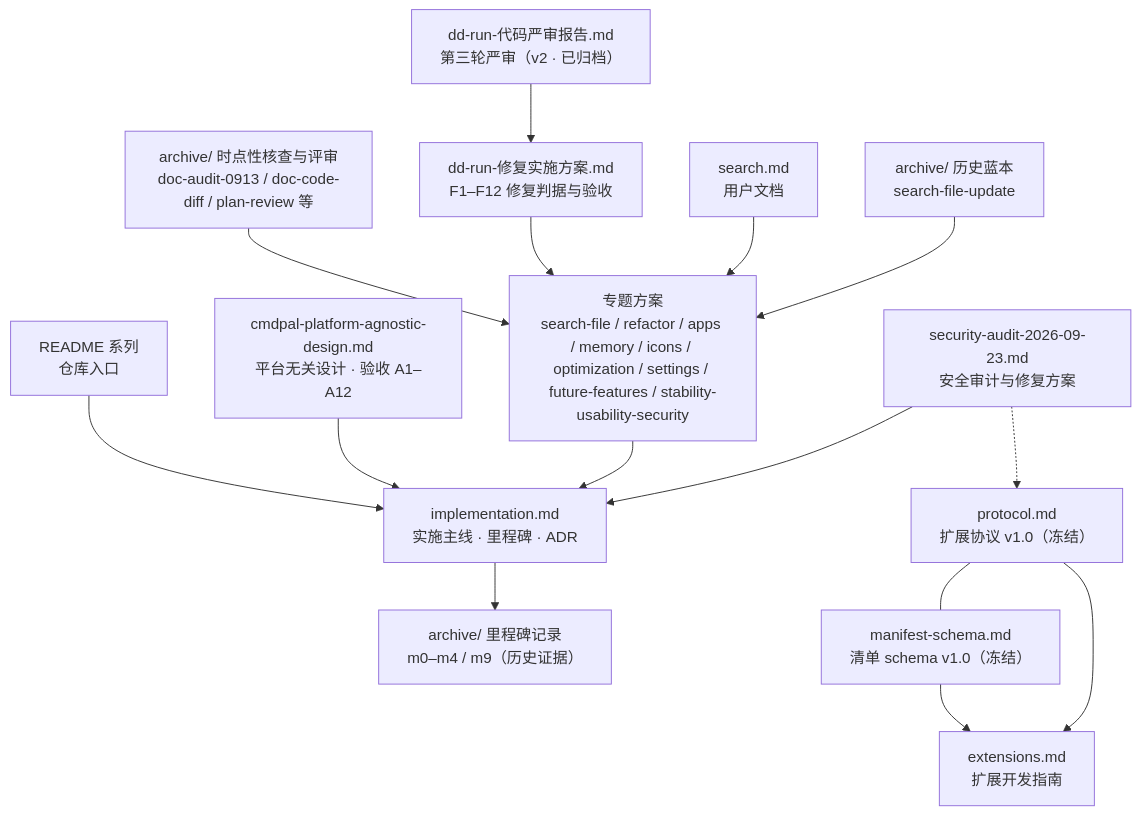
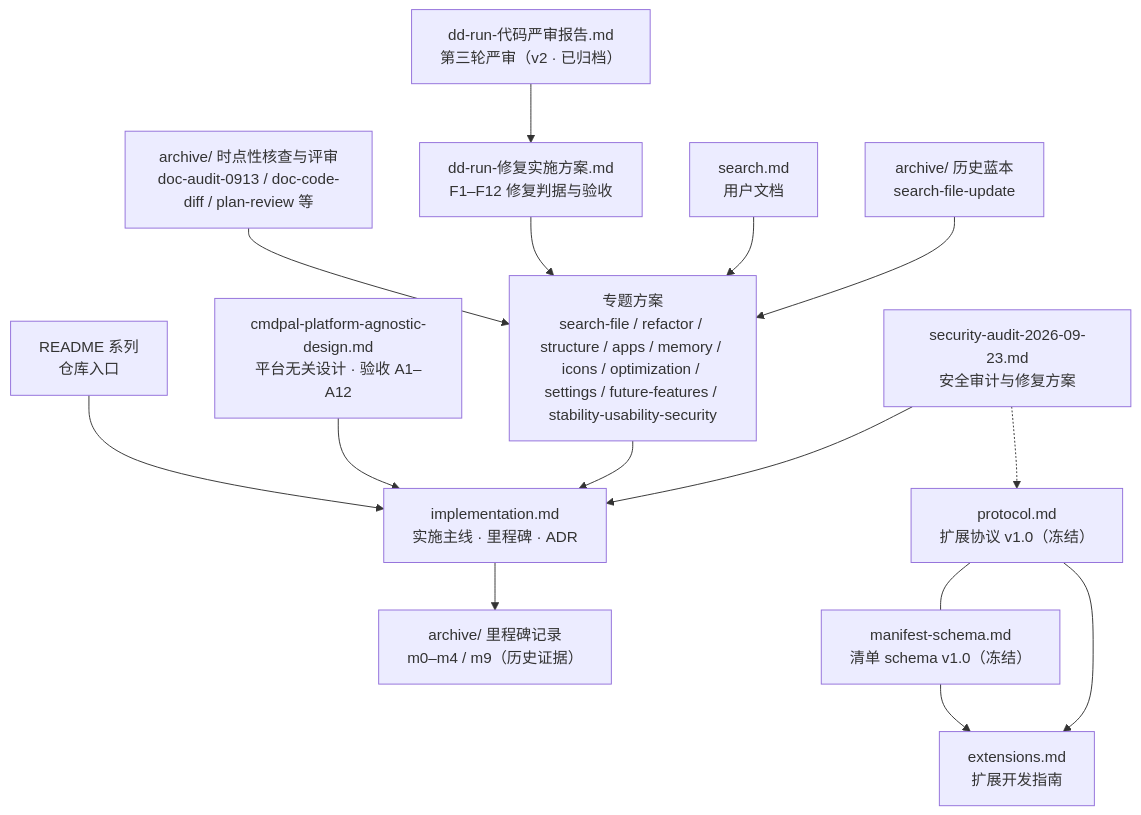
Before and after one commit to Yang-SH/dd-run: the diagram in docs/INDEX.md, drawn with Mermaid. The commit also changed other lines of this file and 10 other files, not shown here.

````diff
--- a/docs/INDEX.md
+++ b/docs/INDEX.md
@@ -25,20 +25,20 @@
 ```mermaid
 flowchart TD
     README["README 系列<br/>仓库入口"] --> IMPL
     IMPL["implementation.md<br/>实施主线 · 里程碑 · ADR"]
     DESIGN["cmdpal-platform-agnostic-design.md<br/>平台无关设计 · 验收 A1–A12"] --> IMPL
     IMPL --> REC["archive/ 里程碑记录<br/>m0–m4 / m9（历史证据）"]
 
     PROTO["protocol.md<br/>扩展协议 v1.0（冻结）"] --- MANIFEST["manifest-schema.md<br/>清单 schema v1.0（冻结）"]
     MANIFEST --> EXT["extensions.md<br/>扩展开发指南"]
     PROTO --> EXT
 
-    PLAN["专题方案<br/>search-file / refactor / apps / memory / icons / optimization / settings / future-features / stability-usability-security"] --> IMPL
+    PLAN["专题方案<br/>search-file / refactor / structure / apps / memory / icons / optimization / settings / future-features / stability-usability-security"] --> IMPL
     REVIEW["archive/ 时点性核查与评审<br/>doc-audit-0913 / doc-code-diff / plan-review 等"] --> PLAN
     FIX["dd-run-修复实施方案.md<br/>F1–F12 修复判据与验收"] --> PLAN
     REV3["dd-run-代码严审报告.md<br/>第三轮严审（v2 · 已归档）"] --> FIX
     AUDIT["security-audit-2026-09-23.md<br/>安全审计与修复方案"] --> IMPL
     AUDIT -.-> PROTO
     USERDOC["search.md<br/>用户文档"] --> PLAN
     ARCHIVE["archive/ 历史蓝本<br/>search-file-update"] --> PLAN
 ```
````
